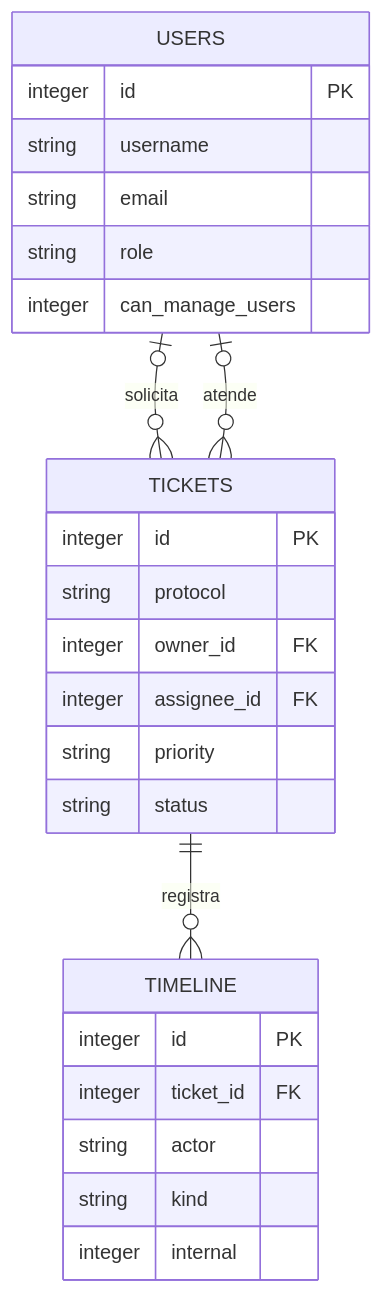
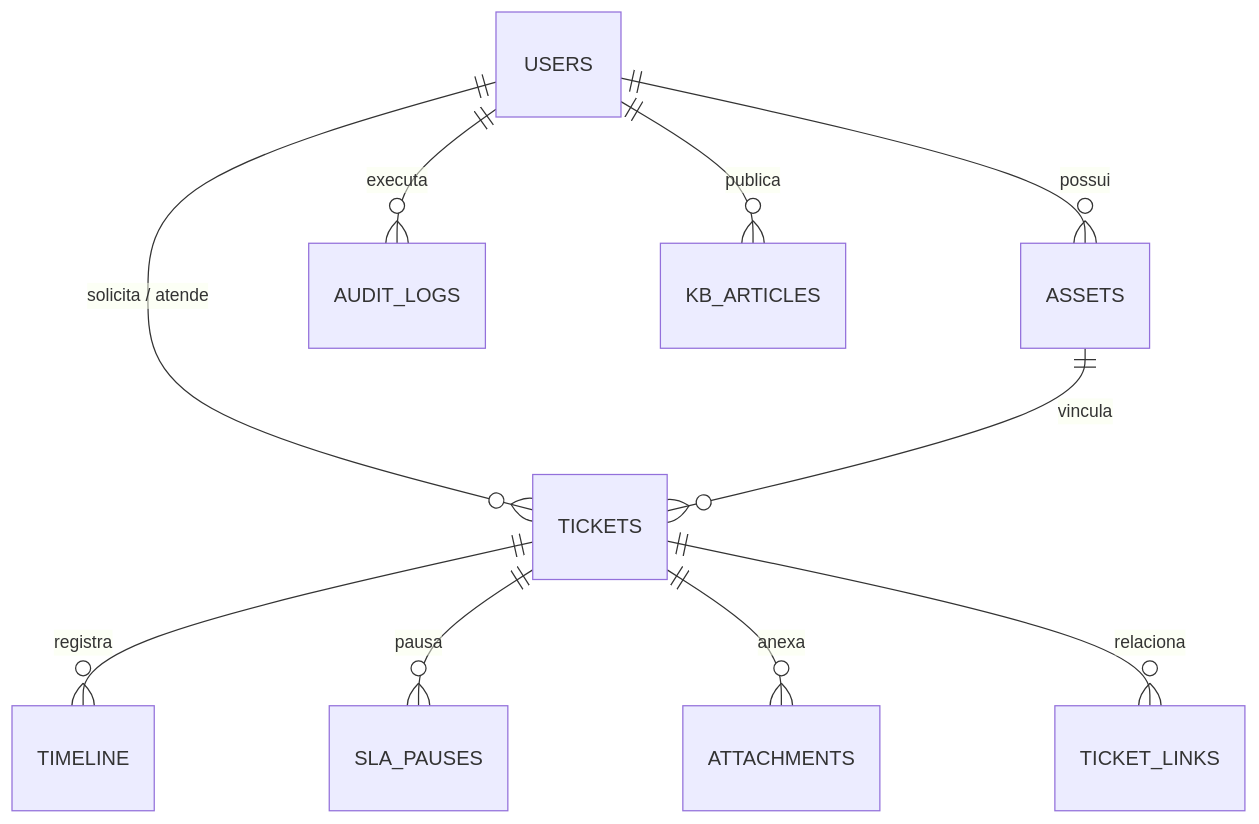
Before and after one commit to samu0752/sxs-ti: the third of 4 diagrams in docs/DIAGRAMAS.md, drawn with Mermaid. The commit also changed other lines of this file and 1 other file, not shown here.

Commit message:
docs: atualize os diagramas e os controles da versão 1.1.0

````diff
--- a/docs/DIAGRAMAS.md
+++ b/docs/DIAGRAMAS.md
@@ -36,28 +37,12 @@
-~~~mermaid
+```mermaid
 erDiagram
-    USERS o|--o{ TICKETS : solicita
-    USERS o|--o{ TICKETS : atende
-    TICKETS ||--o{ TIMELINE : registra
-    USERS {
-        integer id PK
-        string username
-        string email
-        string role
-        integer can_manage_users
-    }
-    TICKETS {
-        integer id PK
-        string protocol
-        integer owner_id FK
-        integer assignee_id FK
-        string priority
-        string status
-    }
-    TIMELINE {
-        integer id PK
-        integer ticket_id FK
-        string actor
-        string kind
-        integer internal
-    }
-~~~
+    USERS ||--o{ TICKETS : "solicita / atende"
+    USERS ||--o{ ASSETS : "possui"
+    USERS ||--o{ AUDIT_LOGS : "executa"
+    USERS ||--o{ KB_ARTICLES : "publica"
+    ASSETS ||--o{ TICKETS : "vincula"
+    TICKETS ||--o{ TIMELINE : "registra"
+    TICKETS ||--o{ SLA_PAUSES : "pausa"
+    TICKETS ||--o{ ATTACHMENTS : "anexa"
+    TICKETS ||--o{ TICKET_LINKS : "relaciona"
+```
````
